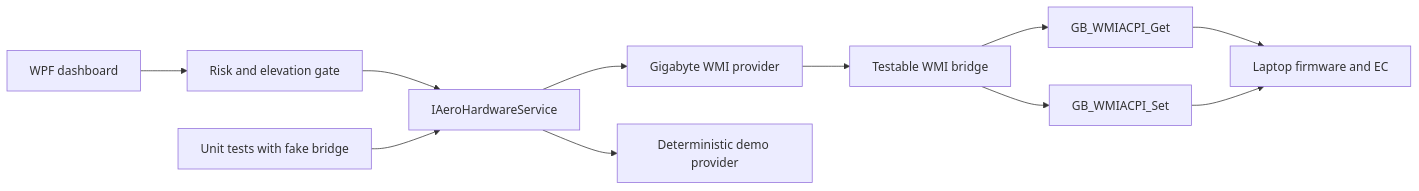
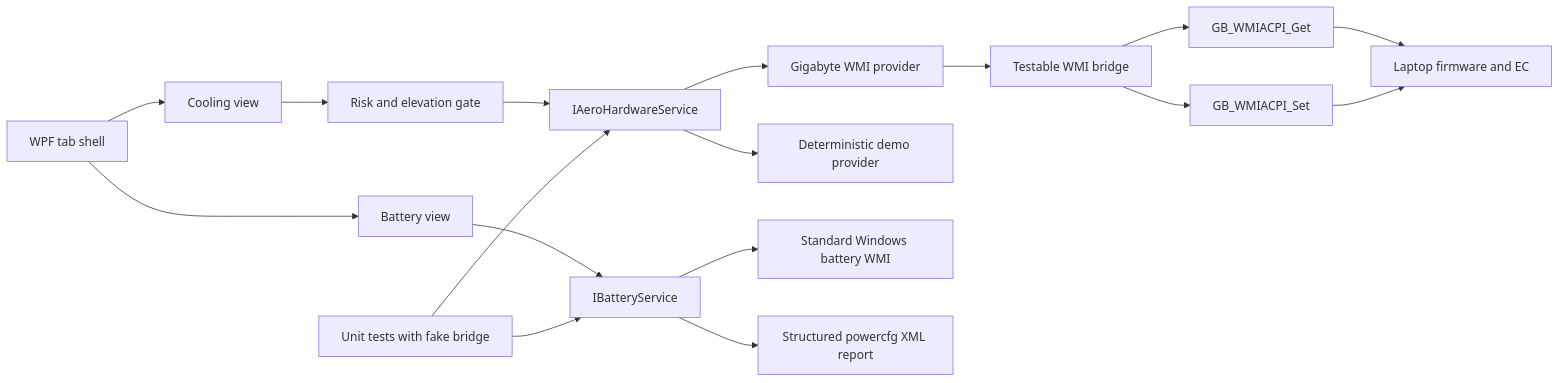
Before and after one commit to lavann/AeroControl: the diagram in README.md, drawn with Mermaid. The commit also changed other lines of this file and 29 other files, not shown here.

Commit message:
feat: add battery health tab

````diff
--- a/README.md
+++ b/README.md
@@ -78,13 +89,19 @@
 ```mermaid
 flowchart LR
-    UI[WPF dashboard] --> Gate[Risk and elevation gate]
+    UI[WPF tab shell] --> Cooling[Cooling view]
+    UI --> Battery[Battery view]
+    Cooling --> Gate[Risk and elevation gate]
     Gate --> Contract[IAeroHardwareService]
     Contract --> Live[Gigabyte WMI provider]
     Contract --> Demo[Deterministic demo provider]
     Live --> Bridge[Testable WMI bridge]
     Bridge --> Get[GB_WMIACPI_Get]
     Bridge --> Set[GB_WMIACPI_Set]
     Get --> Firmware[Laptop firmware and EC]
     Set --> Firmware
+    Battery --> BatteryContract[IBatteryService]
+    BatteryContract --> WindowsWmi[Standard Windows battery WMI]
+    BatteryContract --> PowerCfg[Structured powercfg XML report]
     Tests[Unit tests with fake bridge] --> Contract
+    Tests --> BatteryContract
 ```
````
